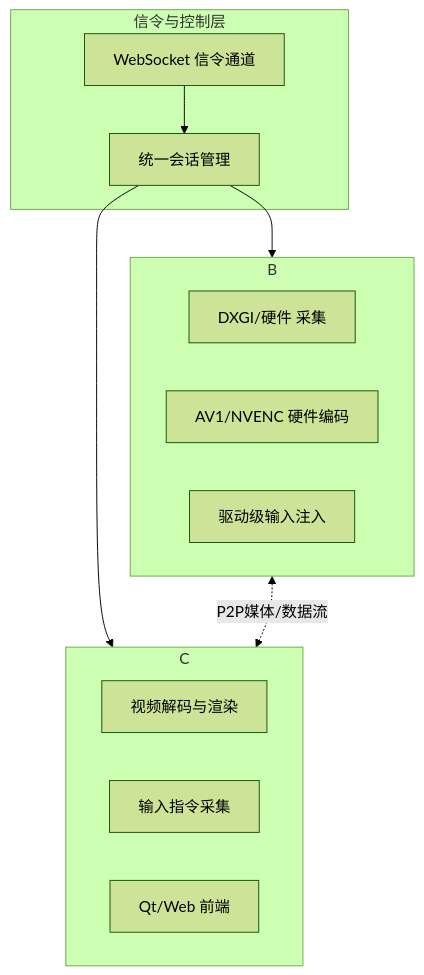
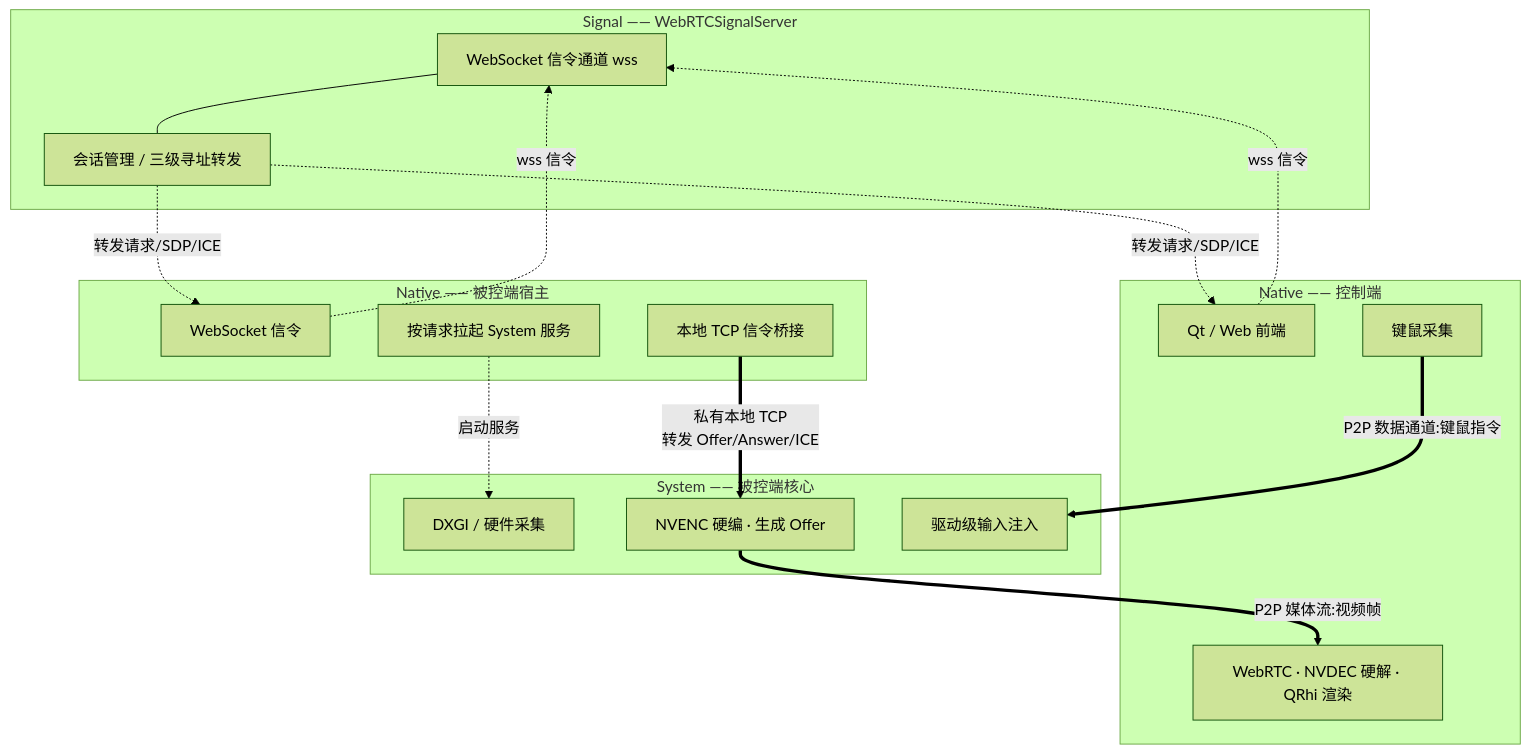
The diagram in README.md (HopeTiga/HopeDesk), drawn with Mermaid (forest theme) before and after one commit. The commit also changed other lines of this file, not shown here.

````diff
--- a/README.md
+++ b/README.md
@@ -20,24 +22,35 @@
 ```mermaid
 graph TD
-    subgraph A [信令与控制层]
-        A1[WebSocket 信令通道]
-        A1 --> A2[统一会话管理]
+    subgraph S [Signal —— WebRTCSignalServer]
+        S1[WebSocket 信令通道 wss]
+        S2[会话管理 / 三级寻址转发]
+        S1 --- S2
     end
 
-    A2 --> B[被控端 Host]
-    A2 --> C[操控端 Client]
-
-    subgraph B
-        B1[DXGI/硬件 采集]
-        B2[AV1/NVENC 硬件编码]
-        B3[驱动级输入注入]
+    subgraph NA [Native —— 控制端]
+        NA1[Qt / Web 前端]
+        NA2[WebRTC · NVDEC 硬解 · QRhi 渲染]
+        NA3[键鼠采集]
     end
 
-    subgraph C
-        C1[视频解码与渲染]
-        C2[输入指令采集]
-        C3[Qt/Web 前端]
+    subgraph NB [Native —— 被控端宿主]
+        NB1[WebSocket 信令]
+        NB2[本地 TCP 信令桥接]
+        NB3[按请求拉起 System 服务]
     end
 
-    B <-.P2P媒体/数据流.-> C
+    subgraph M [System —— 被控端核心]
+        M1[DXGI / 硬件采集]
+        M2[NVENC 硬编 · 生成 Offer]
+        M3[驱动级输入注入]
+    end
+
+    NA1 -. wss 信令 .-> S1
+    NB1 -. wss 信令 .-> S1
+    S2 -. 转发请求/SDP/ICE .-> NA1
+    S2 -. 转发请求/SDP/ICE .-> NB1
+    NB3 -. 启动服务 .-> M1
+    NB2 == 私有本地 TCP<br/>转发 Offer/Answer/ICE ==> M2
+    M2 == P2P 媒体流:视频帧 ==> NA2
+    NA3 == P2P 数据通道:键鼠指令 ==> M3
 ```
````
